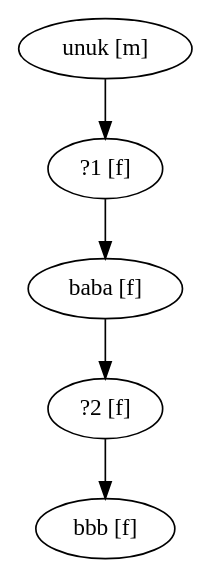
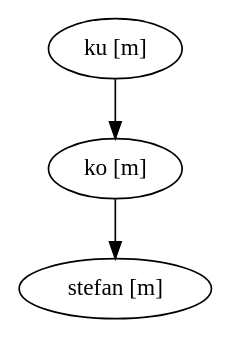
Before and after one commit to DjordjeR/esp_ass: the diagram in test.dot, drawn with Graphviz. The commit also changed 4 other files, not shown here.

```diff
--- a/test.dot
+++ b/test.dot
@@ -1,8 +1,6 @@
 digraph FamilyTree
 {
-  "?1 [f]" -> "baba [f]";
-  "unuk [m]" -> "?1 [f]";
-  "baba [f]" -> "?2 [f]";
-  "?2 [f]" -> "bbb [f]";
-  "bbb [f]";
+  "ko [m]" -> "stefan [m]";
+  "ku [m]" -> "ko [m]";
+  "stefan [m]";
 }
```
